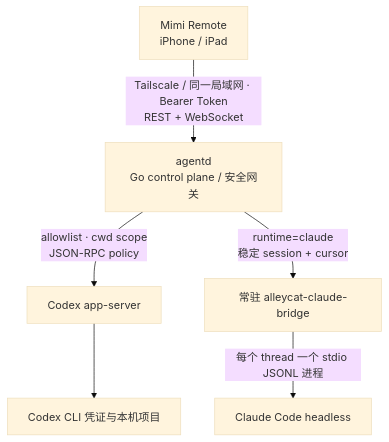
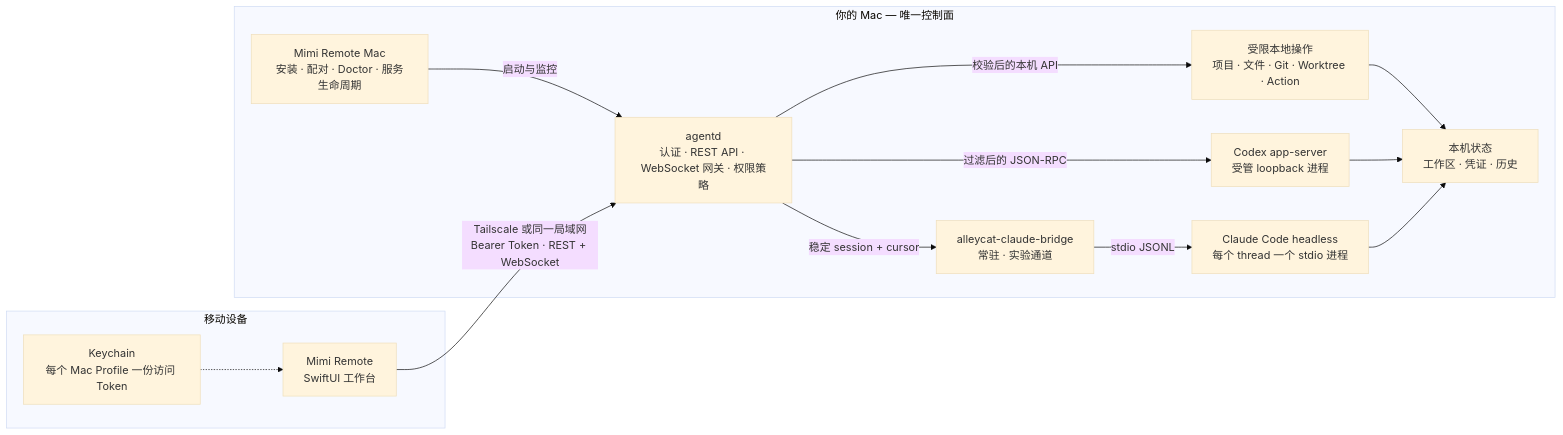
The diagram in README.zh-CN.md (aerfagogogo/codex-ipad-agent), drawn with Mermaid (base theme) before and after one commit. The commit also changed other lines of this file and 1 other file, not shown here.

Commit message:
docs: clarify system architecture

````diff
--- a/README.zh-CN.md
+++ b/README.zh-CN.md
@@ -93,8 +93,29 @@
 ```mermaid
-flowchart TD
-    A["Mimi Remote<br/>iPhone / iPad"] -->|"Tailscale / 同一局域网 · Bearer Token<br/>REST + WebSocket"| B["agentd<br/>Go control plane / 安全网关"]
-    B -->|"allowlist · cwd scope<br/>JSON-RPC policy"| C["Codex app-server"]
-    C --> D["Codex CLI 凭证与本机项目"]
-    B -->|"runtime=claude<br/>稳定 session + cursor"| E["常驻 alleycat-claude-bridge"]
-    E -->|"每个 thread 一个 stdio JSONL 进程"| F["Claude Code headless"]
+flowchart LR
+    subgraph Mobile["移动设备"]
+        App["Mimi Remote<br/>SwiftUI 工作台"]
+        Keychain["Keychain<br/>每个 Mac Profile 一份访问 Token"]
+        Keychain -.-> App
+    end
+
+    subgraph Mac["你的 Mac — 唯一控制面"]
+        Host["Mimi Remote Mac<br/>安装 · 配对 · Doctor · 服务生命周期"]
+        Agent["agentd<br/>认证 · REST API · WebSocket 网关 · 权限策略"]
+        Local["受限本地操作<br/>项目 · 文件 · Git · Worktree · Action"]
+        Codex["Codex app-server<br/>受管 loopback 进程"]
+        Bridge["alleycat-claude-bridge<br/>常驻 · 实验通道"]
+        Claude["Claude Code headless<br/>每个 thread 一个 stdio 进程"]
+        State["本机状态<br/>工作区 · 凭证 · 历史"]
+
+        Host -->|"启动与监控"| Agent
+        Agent -->|"校验后的本机 API"| Local
+        Agent -->|"过滤后的 JSON-RPC"| Codex
+        Agent -->|"稳定 session + cursor"| Bridge
+        Bridge -->|"stdio JSONL"| Claude
+        Local --> State
+        Codex --> State
+        Claude --> State
+    end
+
+    App -->|"Tailscale 或同一局域网<br/>Bearer Token · REST + WebSocket"| Agent
 ```
````
